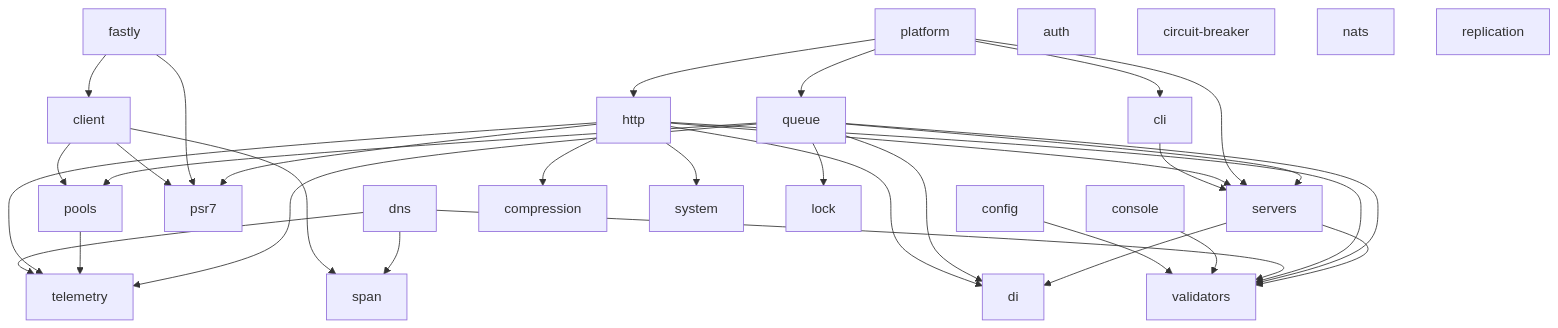
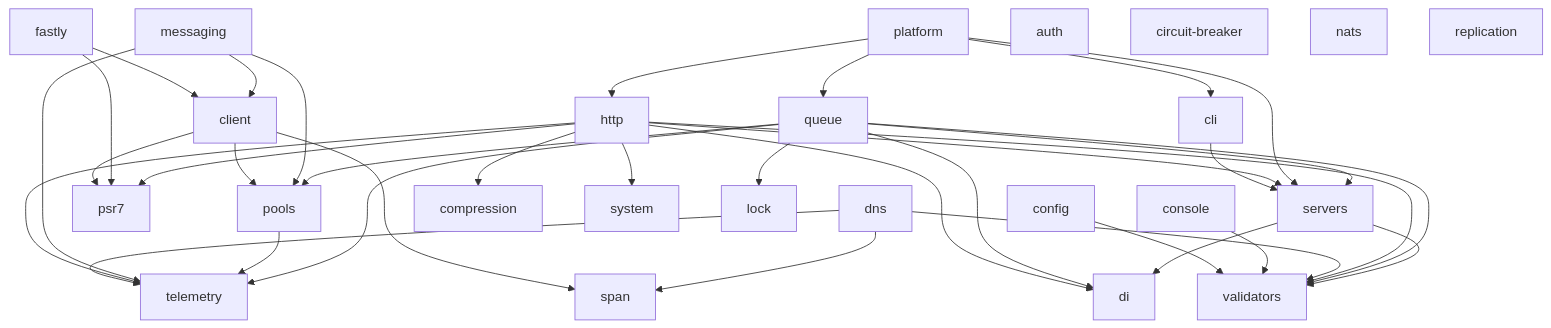
Before and after one commit to utopia-php/monorepo: the diagram in README.md, drawn with Mermaid. The commit also changed 77 other files, not shown here.

````diff
--- a/README.md
+++ b/README.md
@@ -46,38 +46,41 @@
 ```mermaid
 graph TD
     cli --> servers
     client --> pools
     client --> psr7
     client --> span
     config --> validators
     console --> validators
     dns --> span
     dns --> telemetry
     dns --> validators
     fastly --> client
     fastly --> psr7
     http --> di
     http --> servers
     http --> compression
     http --> psr7
     http --> telemetry
     http --> validators
     http --> system
+    messaging --> client
+    messaging --> pools
+    messaging --> telemetry
     platform --> cli
     platform --> http
     platform --> queue
     platform --> servers
     pools --> telemetry
     queue --> di
     queue --> lock
     queue --> servers
     queue --> pools
     queue --> telemetry
     queue --> validators
     servers --> di
     servers --> validators
     auth
     circuit-breaker
     nats
     replication
 ```
````
